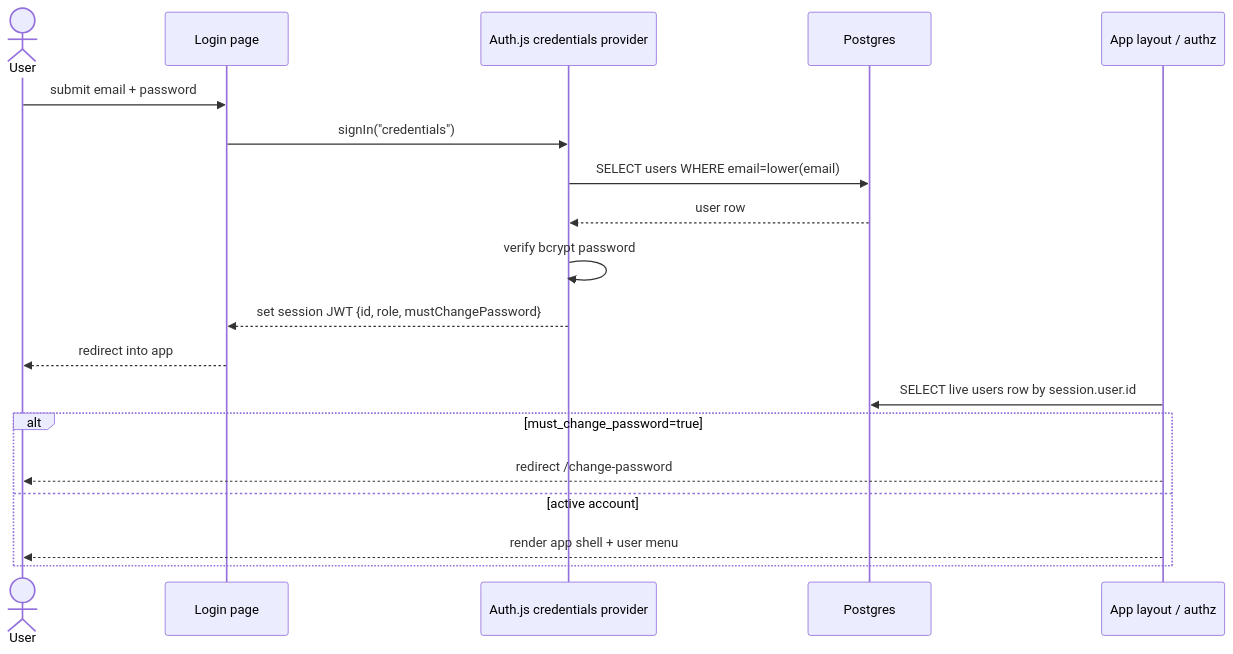
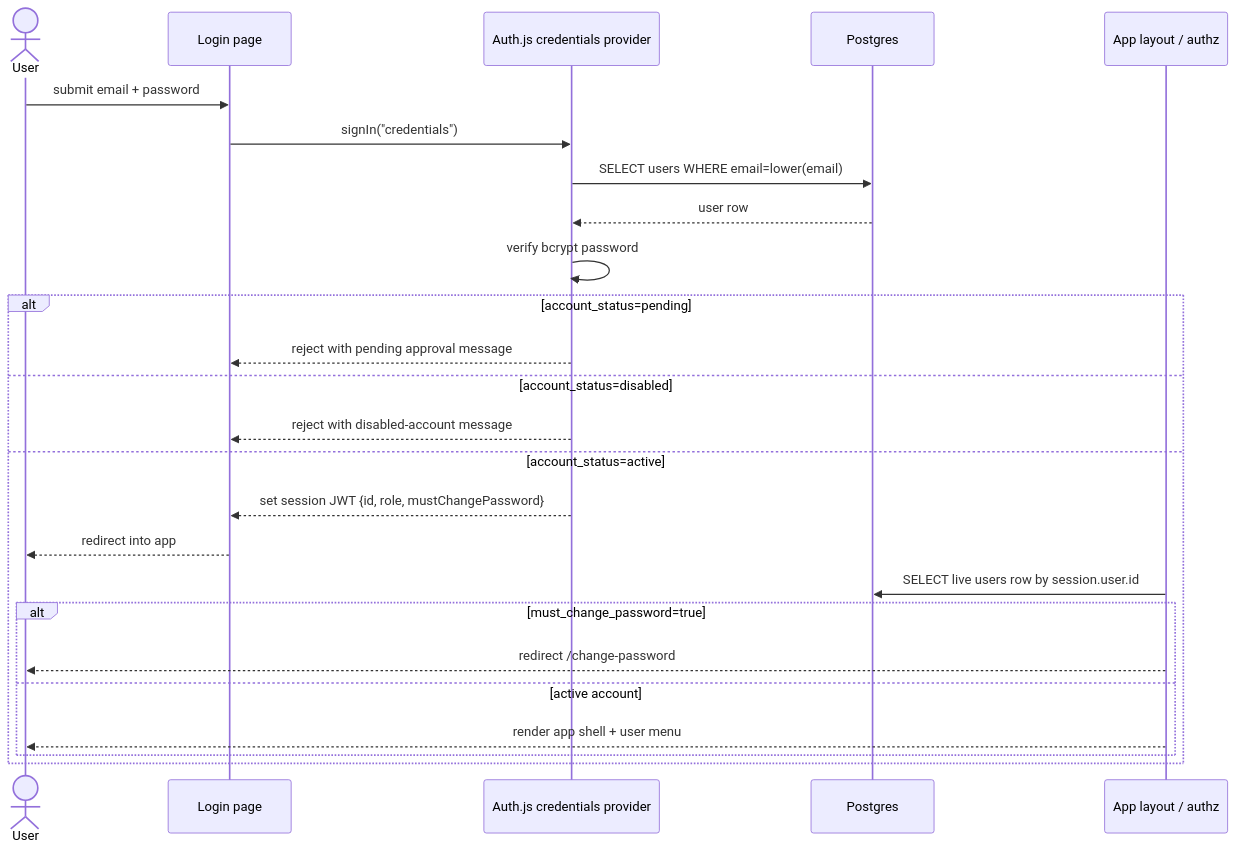
One commit to maister-dev/maister changed the third of 7 diagrams in docs/system-analytics/identity-access.md. Above: the diagram before and after it, drawn with Mermaid. The commit also changed other lines of this file and 37 other files, not shown here.

````diff
--- a/docs/system-analytics/identity-access.md
+++ b/docs/system-analytics/identity-access.md
@@ -52,22 +85,28 @@
 ```mermaid
 sequenceDiagram
     actor U as User
     participant UI as Login page
     participant A as Auth.js credentials provider
     participant DB as Postgres
     participant L as App layout / authz
 
     U->>UI: submit email + password
     UI->>A: signIn("credentials")
     A->>DB: SELECT users WHERE email=lower(email)
     DB-->>A: user row
     A->>A: verify bcrypt password
-    A-->>UI: set session JWT {id, role, mustChangePassword}
-    UI-->>U: redirect into app
-    L->>DB: SELECT live users row by session.user.id
-    alt must_change_password=true
-        L-->>U: redirect /change-password
-    else active account
-        L-->>U: render app shell + user menu
+    alt account_status=pending
+        A-->>UI: reject with pending approval message
+    else account_status=disabled
+        A-->>UI: reject with disabled-account message
+    else account_status=active
+        A-->>UI: set session JWT {id, role, mustChangePassword}
+        UI-->>U: redirect into app
+        L->>DB: SELECT live users row by session.user.id
+        alt must_change_password=true
+            L-->>U: redirect /change-password
+        else active account
+            L-->>U: render app shell + user menu
+        end
     end
 ```
````
